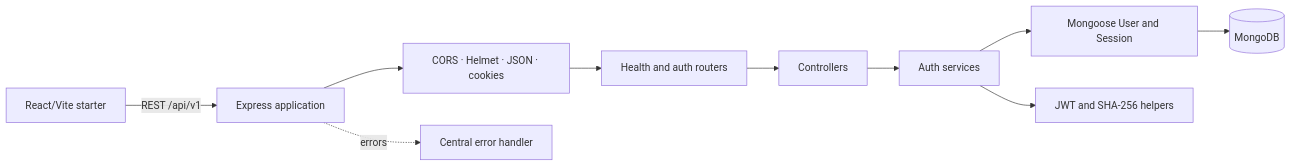
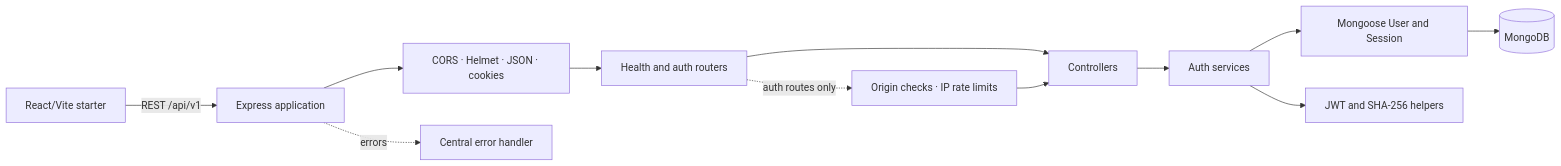
Before and after one commit to Krish-CyberSec/TeamSync: the first of 4 diagrams in docs/05_SYSTEM_ARCHITECTURE.md, drawn with Mermaid. The commit also changed other lines of this file and 14 other files, not shown here.

````diff
--- a/docs/05_SYSTEM_ARCHITECTURE.md
+++ b/docs/05_SYSTEM_ARCHITECTURE.md
@@ -29,12 +29,14 @@
 ```mermaid
 flowchart LR
   Browser["React/Vite starter"] -->|"REST /api/v1"| App["Express application"]
   App --> MW["CORS · Helmet · JSON · cookies"]
   MW --> Routes["Health and auth routers"]
   Routes --> Controllers["Controllers"]
+  Routes -. "auth routes only" .-> Guard["Origin checks · IP rate limits"]
+  Guard --> Controllers
   Controllers --> Services["Auth services"]
   Services --> Models["Mongoose User and Session"]
   Services --> Tokens["JWT and SHA-256 helpers"]
   Models --> DB[("MongoDB")]
   App -. errors .-> Error["Central error handler"]
 ```
````
